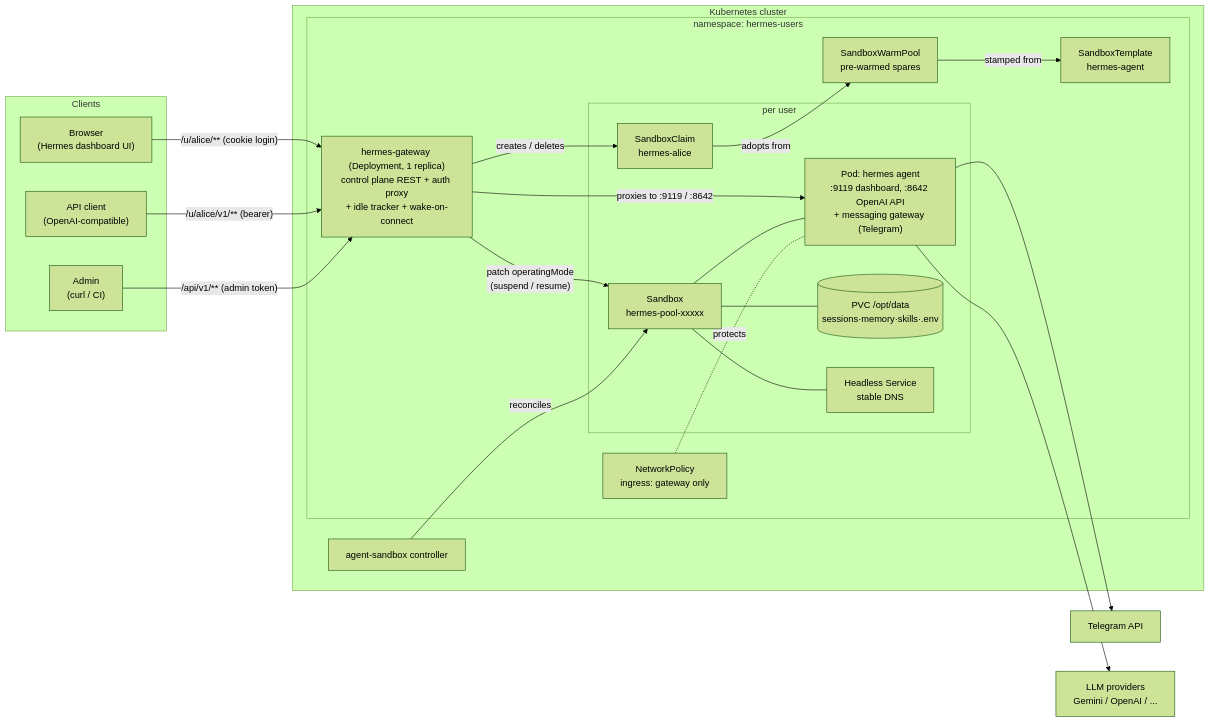
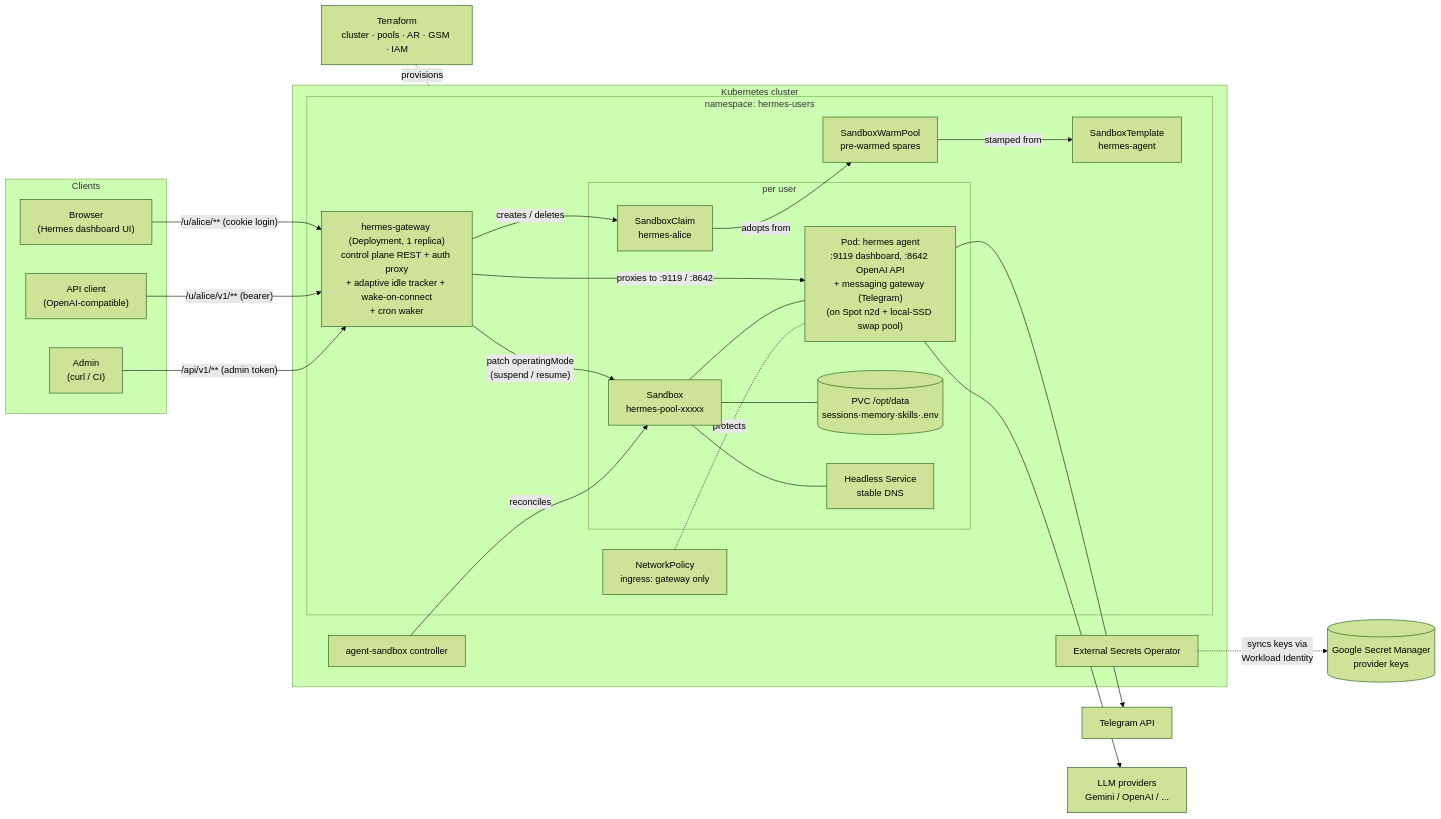
Before and after one commit to aditya-shantanu/ai-agent-service: the first of 4 diagrams in README.md, drawn with Mermaid (forest theme). The commit also changed other lines of this file and 1 other file, not shown here.

First line of the commit message:
README: full refresh to current state; deploy-gke ensures swap pool

````diff
--- a/README.md
+++ b/README.md
@@ -55,47 +55,52 @@
 ```mermaid
 flowchart LR
     subgraph clients [Clients]
         browser["Browser<br/>(Hermes dashboard UI)"]
         apiclient["API client<br/>(OpenAI-compatible)"]
         admincli["Admin<br/>(curl / CI)"]
     end
 
     subgraph cluster [Kubernetes cluster]
         subgraph ns [namespace: hermes-users]
-            gw["hermes-gateway (Deployment, 1 replica)<br/>control plane REST + auth proxy<br/>+ idle tracker + wake-on-connect"]
+            gw["hermes-gateway (Deployment, 1 replica)<br/>control plane REST + auth proxy<br/>+ adaptive idle tracker + wake-on-connect<br/>+ cron waker"]
 
             subgraph peruser [per user]
                 claim[SandboxClaim<br/>hermes-alice]
                 sb[Sandbox<br/>hermes-pool-xxxxx]
-                pod["Pod: hermes agent<br/>:9119 dashboard, :8642 OpenAI API<br/>+ messaging gateway (Telegram)"]
+                pod["Pod: hermes agent<br/>:9119 dashboard, :8642 OpenAI API<br/>+ messaging gateway (Telegram)<br/>(on Spot n2d + local-SSD swap pool)"]
                 pvc[("PVC /opt/data<br/>sessions·memory·skills·.env")]
                 svc[Headless Service<br/>stable DNS]
             end
 
             tmpl[SandboxTemplate<br/>hermes-agent]
             pool[SandboxWarmPool<br/>pre-warmed spares]
             netpol[NetworkPolicy<br/>ingress: gateway only]
         end
         asctrl[agent-sandbox controller]
+        eso[External Secrets Operator]
     end
+    gsm[(Google Secret Manager<br/>provider keys)]
+    tf[Terraform<br/>cluster · pools · AR · GSM · IAM]
 
     telegram_api[Telegram API]
     llm[LLM providers<br/>Gemini / OpenAI / ...]
 
     browser -->|"/u/alice/** (cookie login)"| gw
     apiclient -->|"/u/alice/v1/** (bearer)"| gw
     admincli -->|"/api/v1/** (admin token)"| gw
 
     gw -->|creates / deletes| claim
     gw -->|"patch operatingMode<br/>(suspend / resume)"| sb
     gw -->|proxies to :9119 / :8642| pod
     claim -->|adopts from| pool
     pool -->|stamped from| tmpl
     asctrl -->|reconciles| sb
     sb --- pod
     sb --- pvc
     sb --- svc
     netpol -.protects.- pod
     pod --> telegram_api
     pod --> llm
+    eso -.syncs keys via<br/>Workload Identity.-> gsm
+    tf -.provisions.- cluster
 ```
````
